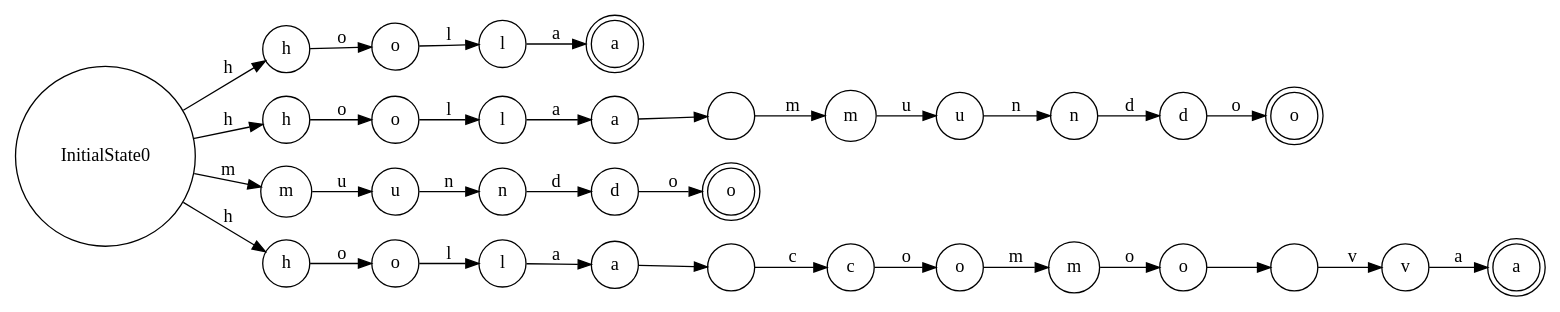
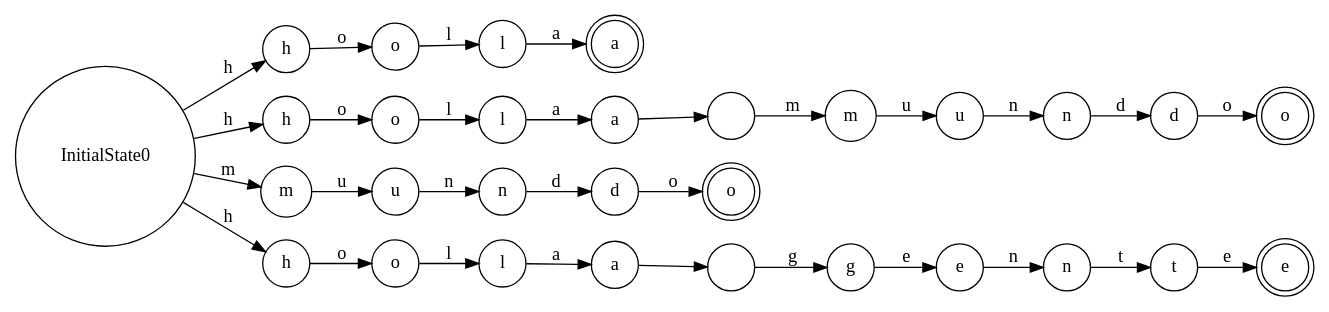
The diagram in nfa.dot (NicolasMoreno/MateDiscreta), drawn with Graphviz before and after one commit. The commit also changed 4 other files, not shown here.

```diff
--- a/nfa.dot
+++ b/nfa.dot
@@ -1,66 +1,62 @@
 digraph { 
 	 rankdir = "LR"; 
 	 node [shape=circle] InitialState0;
 	 node [shape=circle] h0 [label ="h"];
 	 InitialState0 -> h0[label="h"];
 	 node [shape=circle] o0 [label ="o"];
 	 h0 -> o0[label="o"];
 	 node [shape=circle] l0 [label ="l"];
 	 o0 -> l0[label="l"];
 	 node [shape= doublecircle] a0 [label ="a"];
 	 l0 -> a0[label="a"];
 	 node [shape=circle] h1 [label ="h"];
 	 InitialState0 -> h1[label="h"];
 	 node [shape=circle] o1 [label ="o"];
 	 h1 -> o1[label="o"];
 	 node [shape=circle] l1 [label ="l"];
 	 o1 -> l1[label="l"];
 	 node [shape=circle] a1 [label ="a"];
 	 l1 -> a1[label="a"];
 	 node [shape=circle] _0 [label =" "];
 	 a1 -> _0[label=" "];
 	 node [shape=circle] m0 [label ="m"];
 	 _0 -> m0[label="m"];
 	 node [shape=circle] u0 [label ="u"];
 	 m0 -> u0[label="u"];
 	 node [shape=circle] n0 [label ="n"];
 	 u0 -> n0[label="n"];
 	 node [shape=circle] d0 [label ="d"];
 	 n0 -> d0[label="d"];
 	 node [shape= doublecircle] o2 [label ="o"];
 	 d0 -> o2[label="o"];
 	 node [shape=circle] m1 [label ="m"];
 	 InitialState0 -> m1[label="m"];
 	 node [shape=circle] u1 [label ="u"];
 	 m1 -> u1[label="u"];
 	 node [shape=circle] n1 [label ="n"];
 	 u1 -> n1[label="n"];
 	 node [shape=circle] d1 [label ="d"];
 	 n1 -> d1[label="d"];
 	 node [shape= doublecircle] o3 [label ="o"];
 	 d1 -> o3[label="o"];
 	 node [shape=circle] h2 [label ="h"];
 	 InitialState0 -> h2[label="h"];
 	 node [shape=circle] o4 [label ="o"];
 	 h2 -> o4[label="o"];
 	 node [shape=circle] l2 [label ="l"];
 	 o4 -> l2[label="l"];
 	 node [shape=circle] a2 [label ="a"];
 	 l2 -> a2[label="a"];
 	 node [shape=circle] _1 [label =" "];
 	 a2 -> _1[label=" "];
-	 node [shape=circle] c0 [label ="c"];
-	 _1 -> c0[label="c"];
-	 node [shape=circle] o5 [label ="o"];
-	 c0 -> o5[label="o"];
-	 node [shape=circle] m2 [label ="m"];
-	 o5 -> m2[label="m"];
-	 node [shape=circle] o6 [label ="o"];
-	 m2 -> o6[label="o"];
-	 node [shape=circle] _2 [label =" "];
-	 o6 -> _2[label=" "];
-	 node [shape=circle] v0 [label ="v"];
-	 _2 -> v0[label="v"];
-	 node [shape= doublecircle] a3 [label ="a"];
-	 v0 -> a3[label="a"];
+	 node [shape=circle] g0 [label ="g"];
+	 _1 -> g0[label="g"];
+	 node [shape=circle] e0 [label ="e"];
+	 g0 -> e0[label="e"];
+	 node [shape=circle] n2 [label ="n"];
+	 e0 -> n2[label="n"];
+	 node [shape=circle] t0 [label ="t"];
+	 n2 -> t0[label="t"];
+	 node [shape= doublecircle] e1 [label ="e"];
+	 t0 -> e1[label="e"];
 }
```
